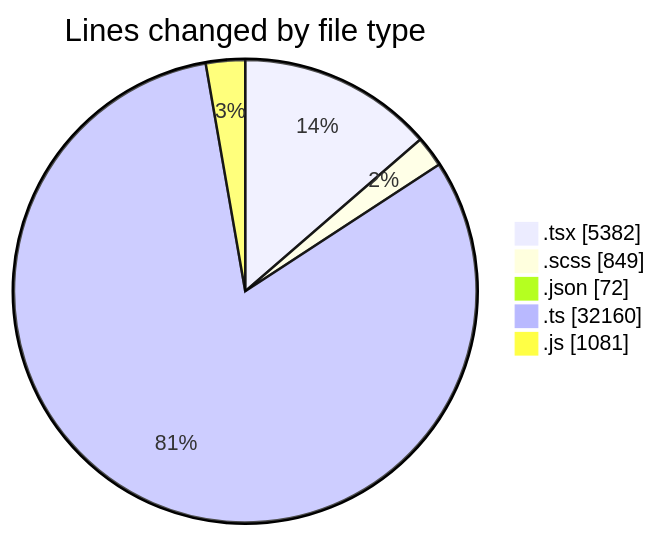
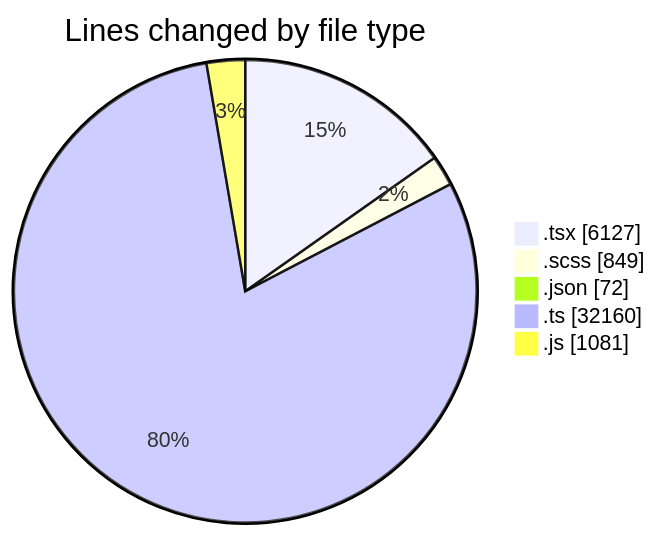
Before and after one commit to momahboobian/code-tracking: the first of 2 diagrams in 2026-10-20/cda/README.md, drawn with Mermaid. The commit also changed other lines of this file and 1 other file, not shown here.

````diff
--- a/2026-10-20/cda/README.md
+++ b/2026-10-20/cda/README.md
@@ -50,9 +51,9 @@
 ```mermaid
 pie showData
 title Lines changed by file type
-".tsx" : 5382
+".tsx" : 6127
 ".scss" : 849
 ".json" : 72
 ".ts" : 32160
 ".js" : 1081
 ```
````
